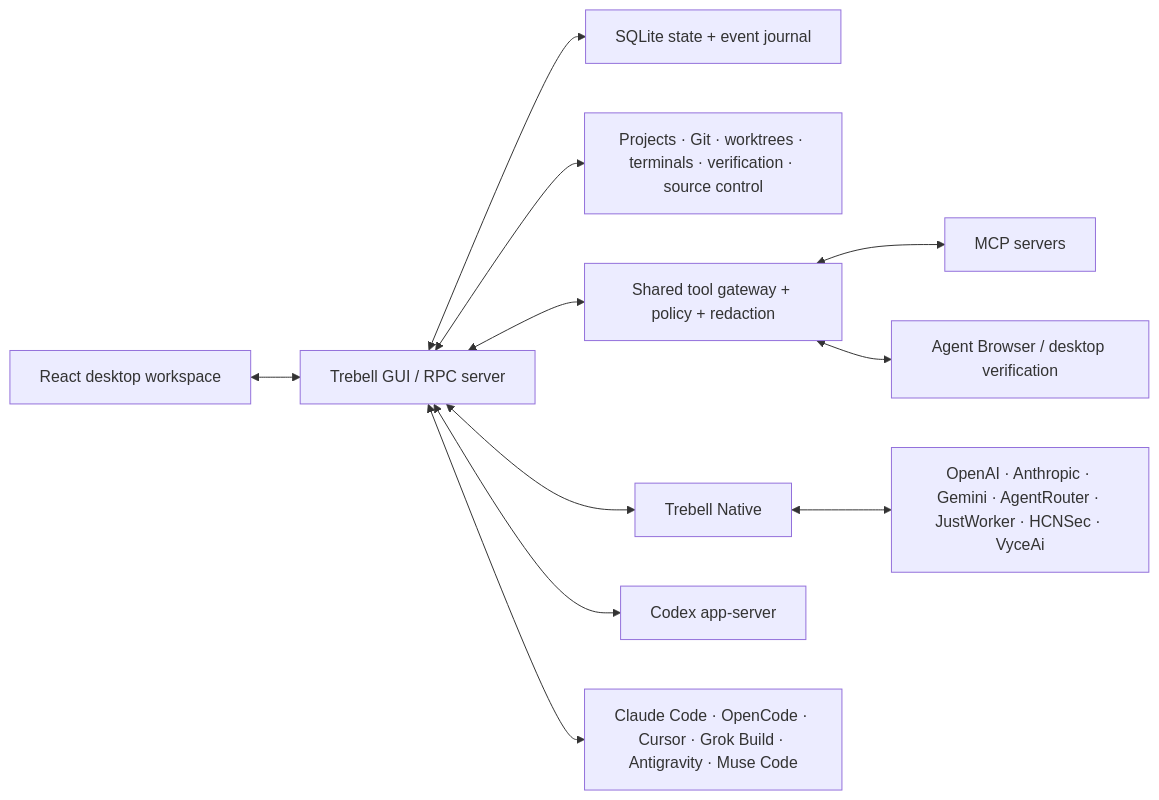
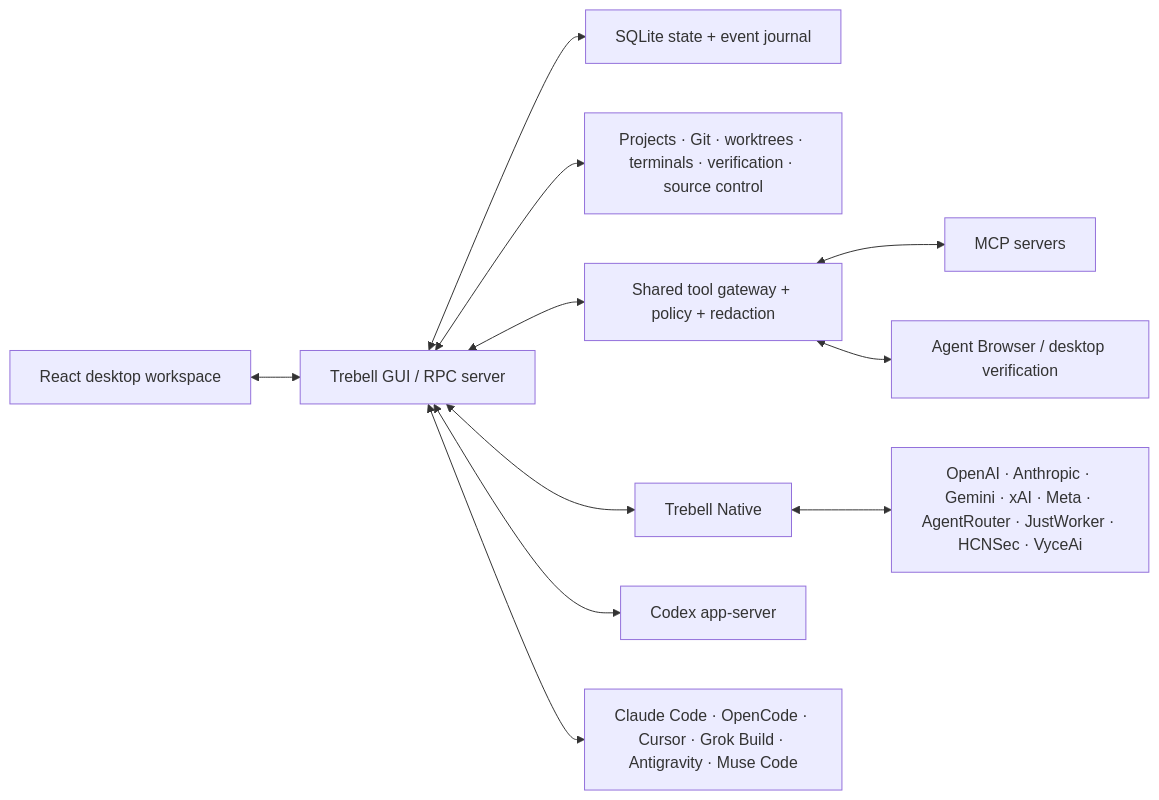
The diagram in docs/technical/TECHNICAL_OVERVIEW.md (tanishqbaweja/trebellcode), drawn with Mermaid before and after one commit. The commit also changed other lines of this file and 2 other files, not shown here.

Commit message:
List-xAI-and-the-Meta-Model-API-in-the-architecture-diagram,-the-principles'-official-APIs-and-the-manual-provider-checklist,-and-say-their-replies-come-back-whole-until-a-live-check-shows-their-streams-match,-with-Meta's-time-limit-for-unstreamed-requests-for-that-check-to-measure

```diff
--- a/docs/technical/TECHNICAL_OVERVIEW.md
+++ b/docs/technical/TECHNICAL_OVERVIEW.md
@@ -50,25 +50,25 @@
 ~~~mermaid
 flowchart LR
     UI["React desktop workspace"]
     GUI["Trebell GUI / RPC server"]
     STATE["SQLite state + event journal"]
     SERVICES["Projects · Git · worktrees · terminals · verification · source control"]
     TOOLS["Shared tool gateway + policy + redaction"]
     NATIVE["Trebell Native"]
     CODEX["Codex app-server"]
     EXTERNAL["Claude Code · OpenCode · Cursor · Grok Build · Antigravity · Muse Code"]
-    PROVIDERS["OpenAI · Anthropic · Gemini · AgentRouter · JustWorker · HCNSec · VyceAi"]
+    PROVIDERS["OpenAI · Anthropic · Gemini · xAI · Meta · AgentRouter · JustWorker · HCNSec · VyceAi"]
     MCP["MCP servers"]
     BROWSER["Agent Browser / desktop verification"]
 
     UI <--> GUI
     GUI <--> STATE
     GUI <--> SERVICES
     GUI <--> TOOLS
     GUI <--> NATIVE
     GUI <--> CODEX
     GUI <--> EXTERNAL
     NATIVE <--> PROVIDERS
     TOOLS <--> MCP
     TOOLS <--> BROWSER
 ~~~
```
